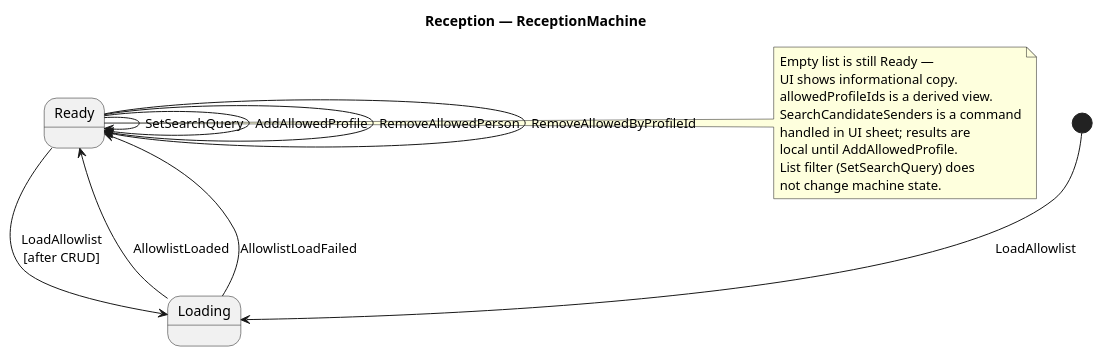
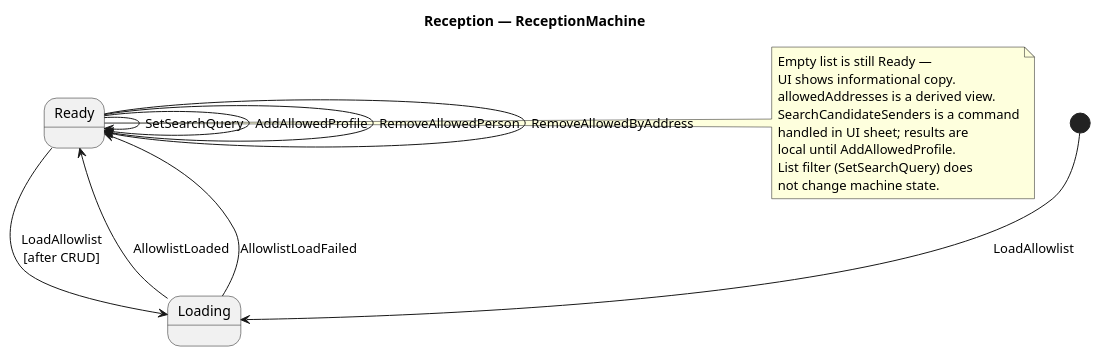
The diagram in docs/model/uml/reception/reception-allowlist-state.puml (alfred-im/alfred-im), drawn with PlantUML before and after one commit. The commit also changed 12 other files, not shown here.

Commit message:
docs: sync SYSTEM/SURFACE/UML to peer_address

```diff
--- a/docs/model/uml/reception/reception-allowlist-state.puml
+++ b/docs/model/uml/reception/reception-allowlist-state.puml
@@ -1,33 +1,33 @@
 @startuml reception-allowlist-state
 ' Context: reception
 ' SDD: PROM-RECEPTION-FILTER, SYS-RECEPTION
 ' Revision: 2026-07-27
 
 title Reception — ReceptionMachine
 
 state Loading
 state Ready
 
 [*] --> Loading : LoadAllowlist
 
 Loading --> Ready : AllowlistLoaded
 Loading --> Ready : AllowlistLoadFailed
 
 Ready --> Loading : LoadAllowlist\n[after CRUD]
 Ready --> Ready : SetSearchQuery
 Ready --> Ready : AddAllowedProfile
 Ready --> Ready : RemoveAllowedPerson
-Ready --> Ready : RemoveAllowedByProfileId
+Ready --> Ready : RemoveAllowedByAddress
 
 note right of Ready
   Empty list is still Ready —
   UI shows informational copy.
-  allowedProfileIds is a derived view.
+  allowedAddresses is a derived view.
   SearchCandidateSenders is a command
   handled in UI sheet; results are
   local until AddAllowedProfile.
   List filter (SetSearchQuery) does
   not change machine state.
 end note
 
 @enduml
```
